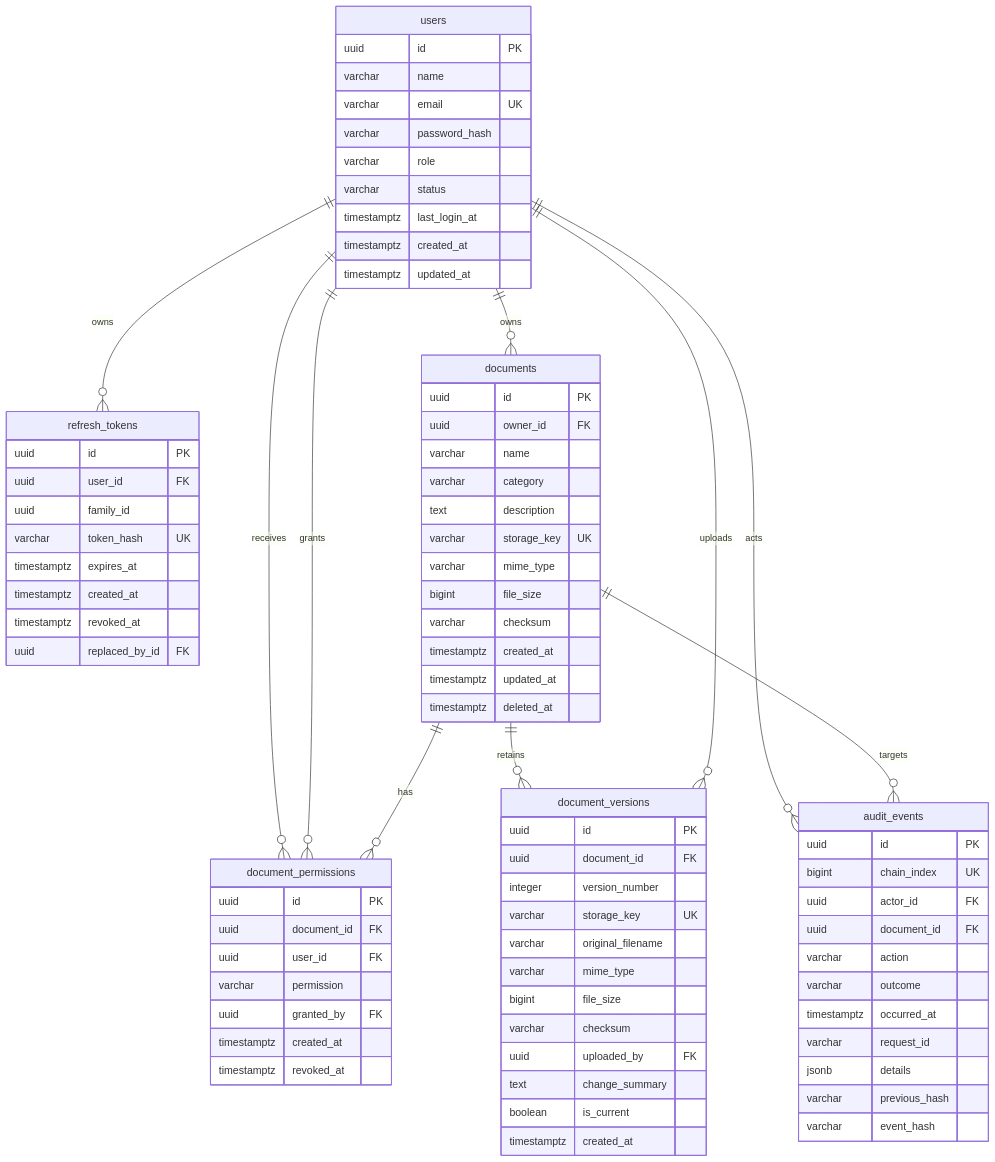
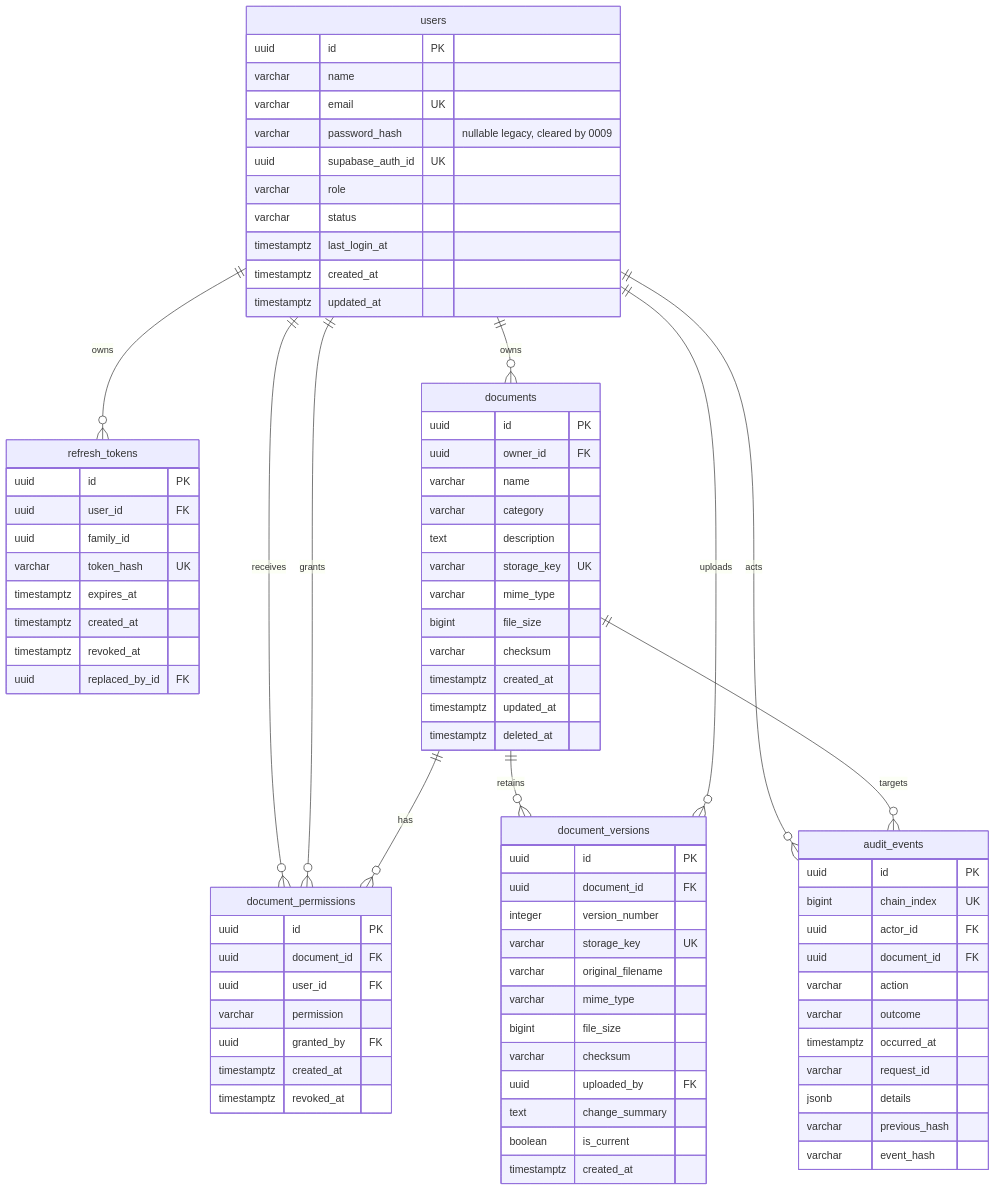
One commit to saisankeerth27/TrustVault changed the diagram in docs/DATABASE.md. Above: the diagram before and after it, drawn with Mermaid. The commit also changed other lines of this file and 38 other files, not shown here.

Commit message:
feat(auth): implement secure OTP password recovery and audit logging

```diff
--- a/docs/DATABASE.md
+++ b/docs/DATABASE.md
@@ -22,7 +22,8 @@
         uuid id PK
         varchar name
         varchar email UK
-        varchar password_hash
+        varchar password_hash "nullable legacy, cleared by 0009"
+        uuid supabase_auth_id UK
         varchar role
         varchar status
         timestamptz last_login_at
```
